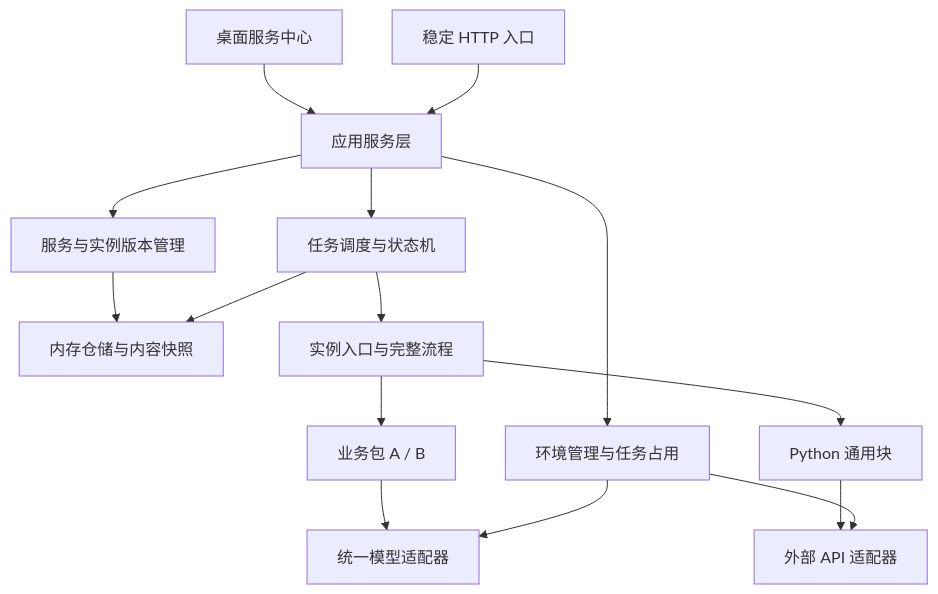
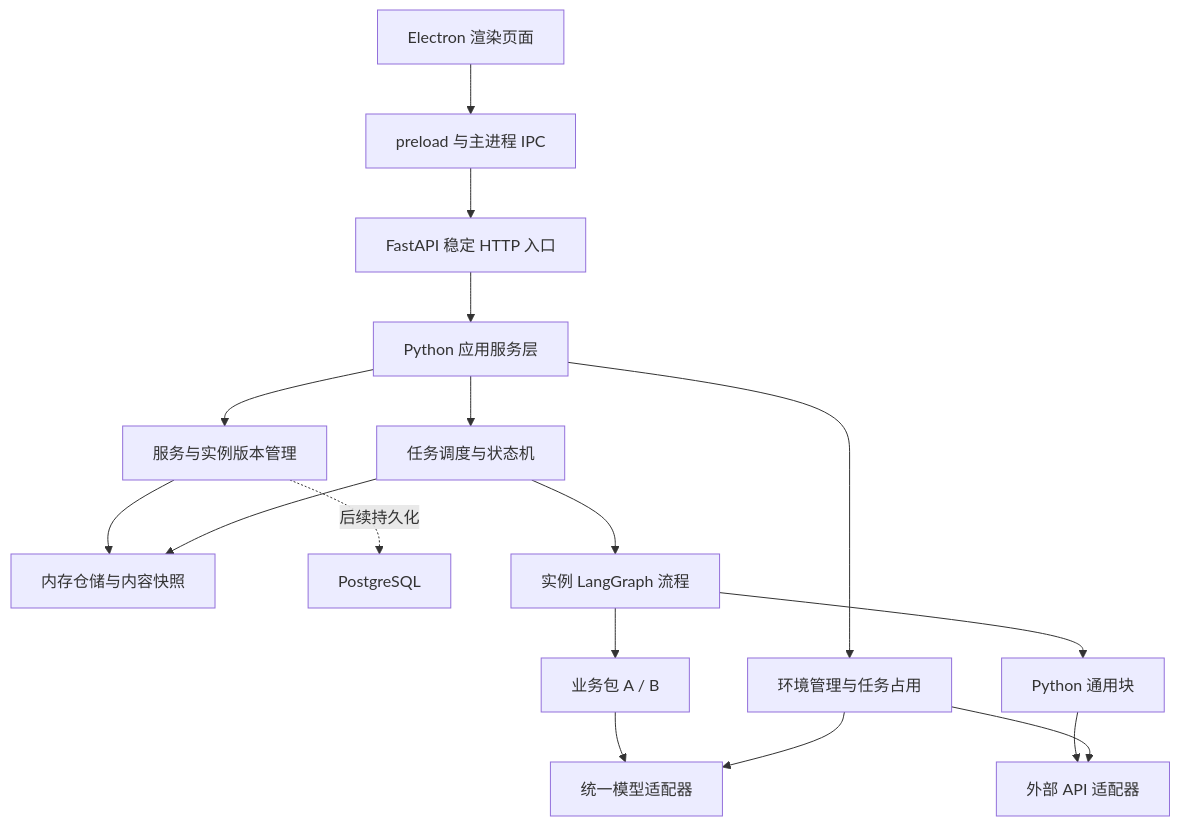
The first of 2 diagrams in docs/architecture-design.md (Xu-Morgen/agent-platform), drawn with Mermaid before and after one commit. The commit also changed other lines of this file and 9 other files, not shown here.

````diff
--- a/docs/architecture-design.md
+++ b/docs/architecture-design.md
@@ -54,17 +62,19 @@
 ```mermaid
 flowchart TB
-    UI[桌面服务中心] --> APP[应用服务层]
-    HTTP[稳定 HTTP 入口] --> APP
+    UI[Electron 渲染页面] --> IPC[preload 与主进程 IPC]
+    IPC --> HTTP[FastAPI 稳定 HTTP 入口]
+    HTTP --> APP[Python 应用服务层]
     APP --> SERVICES[服务与实例版本管理]
     APP --> ENV[环境管理与任务占用]
     APP --> RUN[任务调度与状态机]
     SERVICES --> MEM[内存仓储与内容快照]
     RUN --> MEM
-    RUN --> FLOW[实例入口与完整流程]
+    SERVICES -. 后续持久化 .-> PG[PostgreSQL]
+    RUN --> FLOW[实例 LangGraph 流程]
     FLOW --> BLOCK[Python 通用块]
     FLOW --> PKG[业务包 A / B]
     PKG --> MODEL[统一模型适配器]
     BLOCK --> API[外部 API 适配器]
     ENV --> MODEL
     ENV --> API
 ```
````
